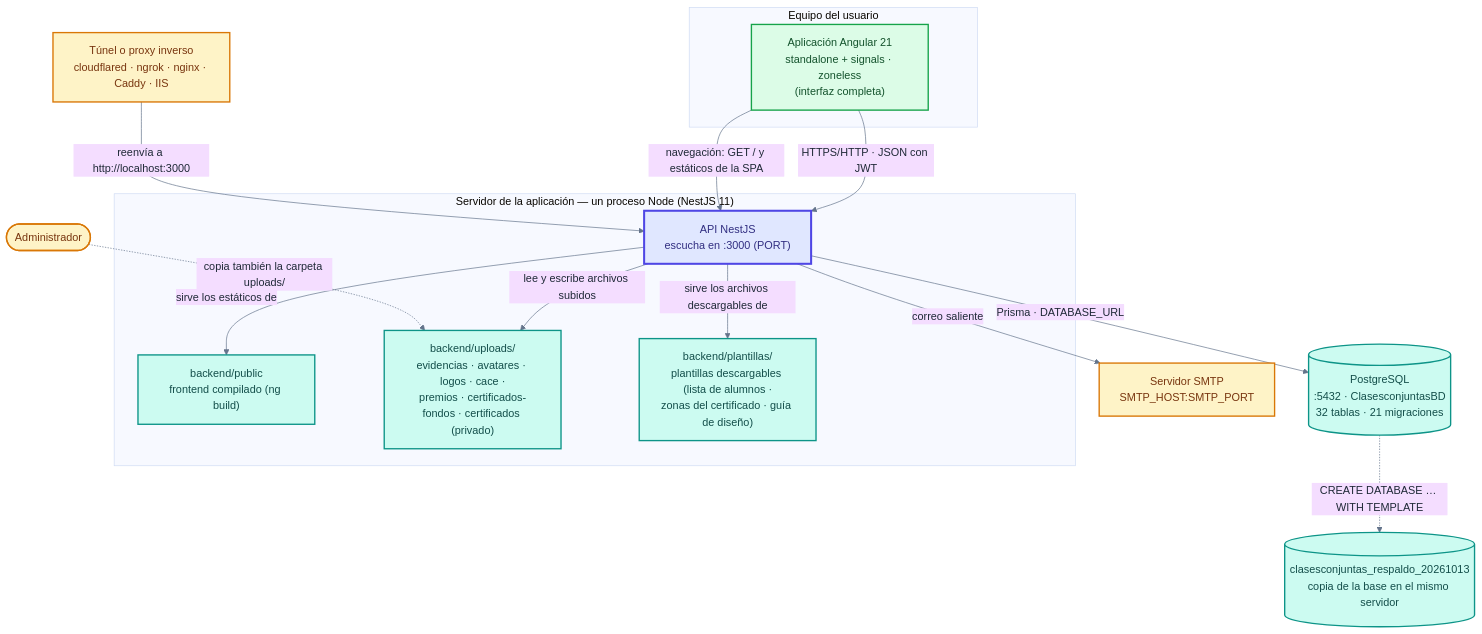
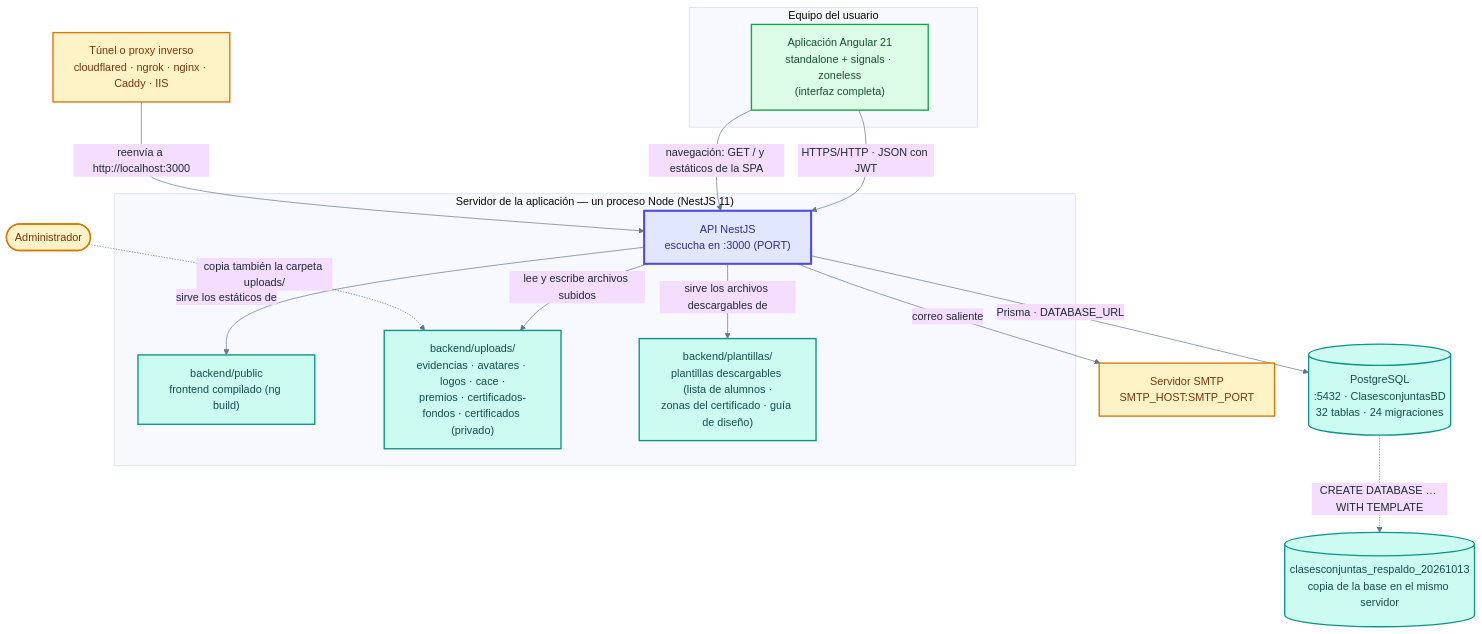
One commit to RICARDOSOTO6/clases-espejo changed the second of 2 diagrams in docs/producto/diagramas/arquitectura.md. Above: the diagram before and after it, drawn with Mermaid. The commit also changed other lines of this file and 4 other files, not shown here.

````diff
--- a/docs/producto/diagramas/arquitectura.md
+++ b/docs/producto/diagramas/arquitectura.md
@@ -85,50 +85,50 @@
 ```mermaid
 %%{init: {
     "theme": "base",
     "themeVariables": {
         "background": "#F5F7FA",
         "primaryTextColor": "#1F2937",
         "lineColor": "#64748B",
         "fontFamily": "Arial"
     }
 }}%%
 
 flowchart TB
 
     subgraph NAV["Equipo del usuario"]
         SPA["Aplicación Angular 21<br/>standalone + signals · zoneless<br/>(interfaz completa)"]
     end
 
     subgraph SRV["Servidor de la aplicación — un proceso Node (NestJS 11)"]
         API["API NestJS<br/>escucha en :3000 (PORT)"]
         PUBC["backend/public<br/>frontend compilado (ng build)"]
         UP["backend/uploads/<br/>evidencias · avatares · logos · cace ·<br/>premios · certificados-fondos · certificados (privado)"]
         PL["backend/plantillas/<br/>plantillas descargables (lista de alumnos ·<br/>zonas del certificado · guía de diseño)"]
     end
 
-    PG[("PostgreSQL<br/>:5432 · ClasesconjuntasBD<br/>32 tablas · 21 migraciones")]
+    PG[("PostgreSQL<br/>:5432 · ClasesconjuntasBD<br/>32 tablas · 24 migraciones")]
     BKP[("clasesconjuntas_respaldo_20261013<br/>copia de la base en el mismo servidor")]
     SMTP["Servidor SMTP<br/>SMTP_HOST:SMTP_PORT"]
     TUN["Túnel o proxy inverso<br/>cloudflared · ngrok · nginx · Caddy · IIS"]
 
     SPA -- "HTTPS/HTTP · JSON con JWT" --> API
     SPA -- "navegación: GET / y estáticos de la SPA" --> API
     API -- "Prisma · DATABASE_URL" --> PG
     API -- "lee y escribe archivos subidos" --> UP
     API -- "sirve los archivos descargables de" --> PL
     API -- "sirve los estáticos de" --> PUBC
     API -- "correo saliente" --> SMTP
     TUN -- "reenvía a http://localhost:3000" --> API
     PG -. "CREATE DATABASE … WITH TEMPLATE" .-> BKP
     Admin([Administrador]) -. "copia también la carpeta uploads/" .-> UP
 
     classDef cliente fill:#DCFCE7,stroke:#16A34A,color:#14532D,stroke-width:2px
     classDef proceso fill:#E0E7FF,stroke:#4F46E5,color:#312E81,stroke-width:3px
     classDef almacen fill:#CCFBF1,stroke:#0D9488,color:#134E4A,stroke-width:2px
     classDef externo fill:#FEF3C7,stroke:#D97706,color:#78350F,stroke-width:2px
 
     class SPA cliente
     class API proceso
     class PUBC,UP,PL,PG,BKP almacen
     class SMTP,TUN,Admin externo
 ```
````
